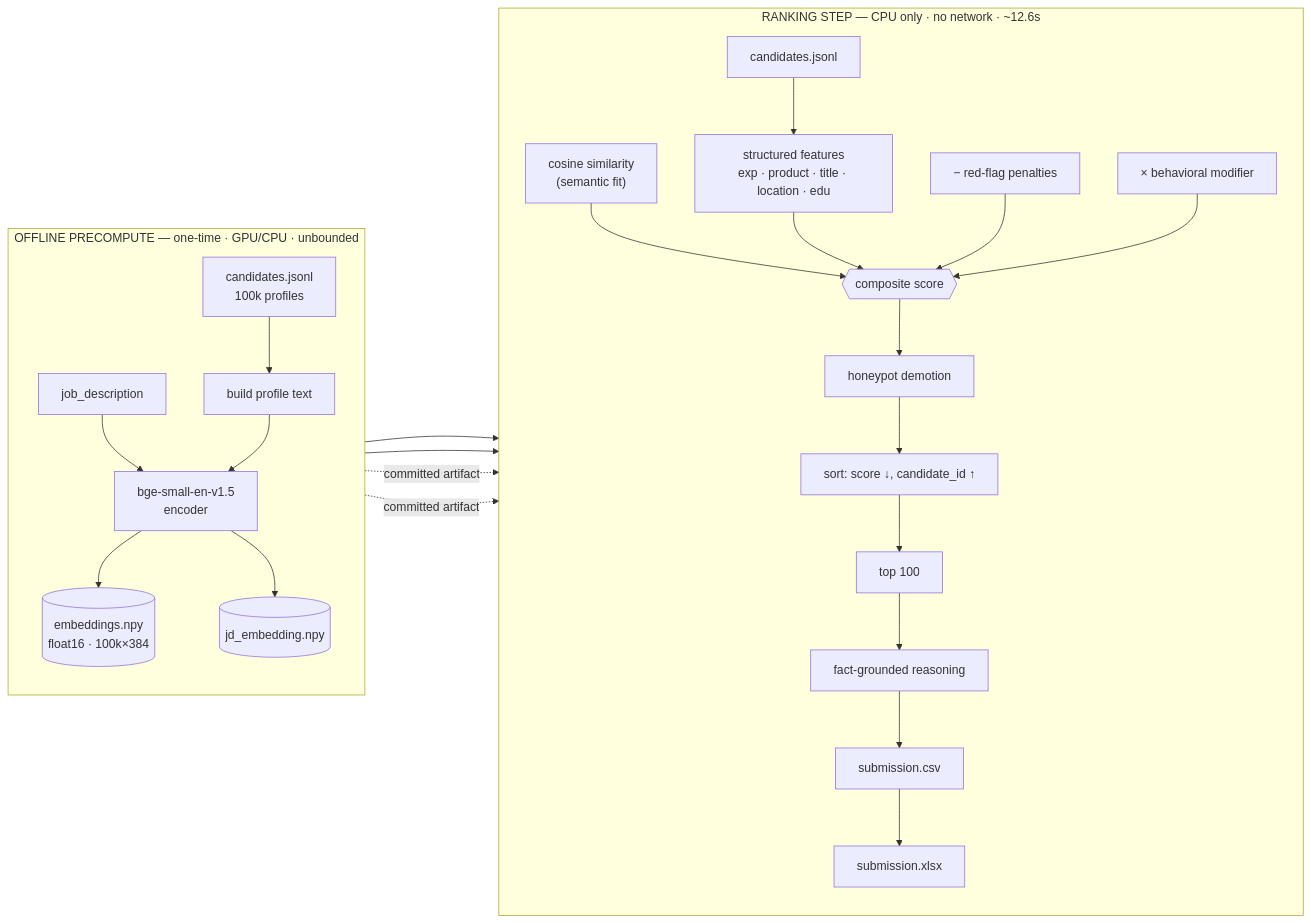
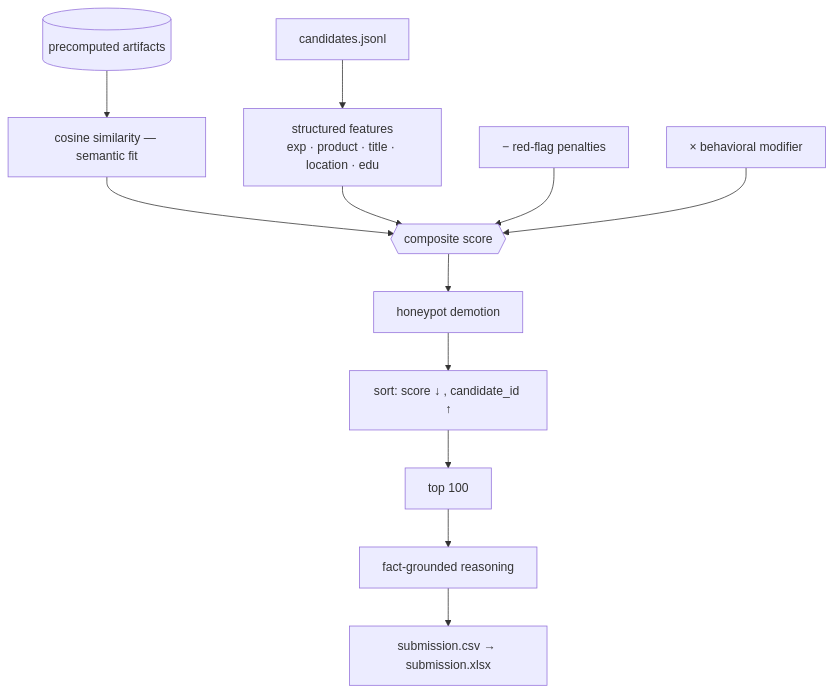
The second of 3 diagrams in README.md (Rex123-hash/Intelligent-Candidate-Ranker-), drawn with Mermaid before and after one commit. The commit also changed other lines of this file and 1 other file, not shown here.

Commit message:
test+docs: add reliability guards and split architecture diagram for readability
- 6 reliability tests (52 -> 58): determinism of scoring/reasoning, validation of
  the actual shipped submission.csv (100 unique rows, ranks 1-100, non-increasing,
  reasons populated), reasoning diversity (anti-templating), and config invariants.
- Architecture diagram split into two compact vertical (TB) Mermaid blocks so it
  renders large and legible on GitHub instead of one very wide diagram.

````diff
--- a/README.md
+++ b/README.md
@@ -58,31 +73,14 @@
 ```mermaid
-flowchart LR
-    subgraph OFF["OFFLINE PRECOMPUTE — one-time · GPU/CPU · unbounded"]
-        direction TB
-        A["candidates.jsonl<br/>100k profiles"] --> B["build profile text"]
-        JD["job_description"] --> E
-        B --> E["bge-small-en-v1.5<br/>encoder"]
-        E --> F[("embeddings.npy<br/>float16 · 100k×384")]
-        E --> G[("jd_embedding.npy")]
-    end
-
-    subgraph RUN["RANKING STEP — CPU only · no network · ~12.6s"]
-        direction TB
-        C2["candidates.jsonl"] --> FEAT
-        F --> SEM["cosine similarity<br/>(semantic fit)"]
-        G --> SEM
-        SEM --> SCORE{{"composite score"}}
-        FEAT["structured features<br/>exp · product · title · location · edu"] --> SCORE
-        PEN["− red-flag penalties"] --> SCORE
-        BEH["× behavioral modifier"] --> SCORE
-        SCORE --> HP["honeypot demotion"]
-        HP --> SORT["sort: score ↓, candidate_id ↑"]
-        SORT --> TOP["top 100"]
-        TOP --> REA["fact-grounded reasoning"]
-        REA --> CSV["submission.csv"]
-        CSV --> XLS["submission.xlsx"]
-    end
-
-    F -.committed artifact.-> RUN
-    G -.committed artifact.-> RUN
+flowchart TB
+    ART[("precomputed artifacts")] --> SEM["cosine similarity — semantic fit"]
+    CAN["candidates.jsonl"] --> FEAT["structured features<br/>exp · product · title · location · edu"]
+    SEM --> SCORE{{"composite score"}}
+    FEAT --> SCORE
+    PEN["− red-flag penalties"] --> SCORE
+    BEH["× behavioral modifier"] --> SCORE
+    SCORE --> HP["honeypot demotion"]
+    HP --> SORT["sort: score ↓ , candidate_id ↑"]
+    SORT --> TOP["top 100"]
+    TOP --> REA["fact-grounded reasoning"]
+    REA --> OUT["submission.csv → submission.xlsx"]
 ```
````
